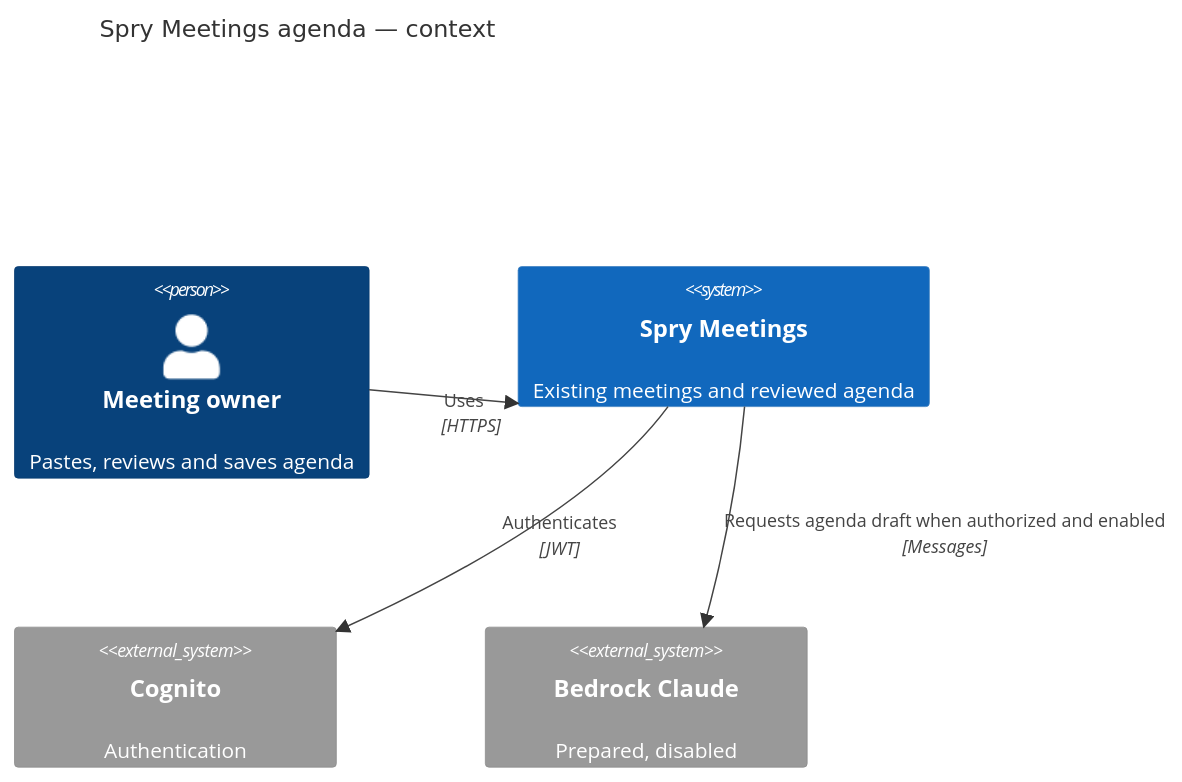
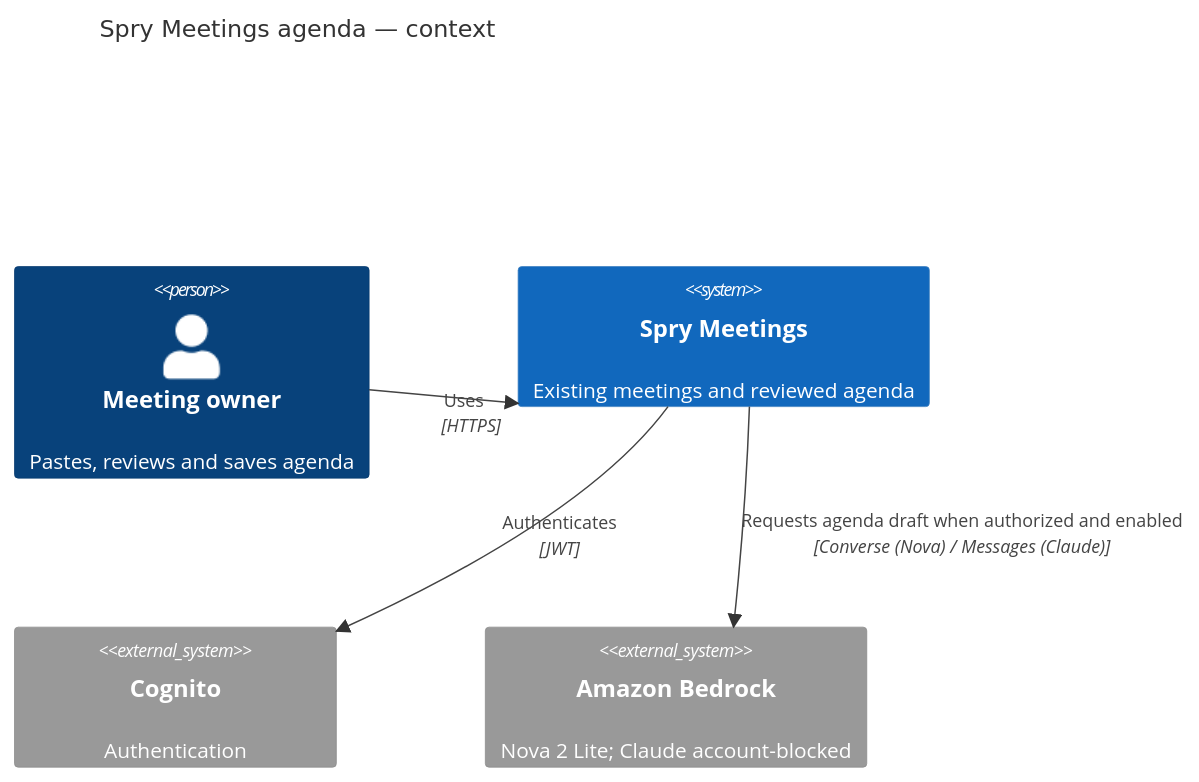
One commit to ok-ucu/NewProject changed the first of 2 diagrams in docs/lab6/C4.md. Above: the diagram before and after it, drawn with Mermaid. The commit also changed other lines of this file and 25 other files, not shown here.

Commit message:
feat: support Nova agenda parsing and record real validation evidence

````diff
--- a/docs/lab6/C4.md
+++ b/docs/lab6/C4.md
@@ -3,11 +3,11 @@
 ```mermaid
 C4Context
   title Spry Meetings agenda — context
   Person(user, "Meeting owner", "Pastes, reviews and saves agenda")
   System(spry, "Spry Meetings", "Existing meetings and reviewed agenda")
   System_Ext(cognito, "Cognito", "Authentication")
-  System_Ext(bedrock, "Bedrock Claude", "Prepared, disabled")
+  System_Ext(bedrock, "Amazon Bedrock", "Nova 2 Lite; Claude account-blocked")
   Rel(user, spry, "Uses", "HTTPS")
   Rel(spry, cognito, "Authenticates", "JWT")
-  Rel(spry, bedrock, "Requests agenda draft when authorized and enabled", "Messages")
+  Rel(spry, bedrock, "Requests agenda draft when authorized and enabled", "Converse (Nova) / Messages (Claude)")
 ```
````
